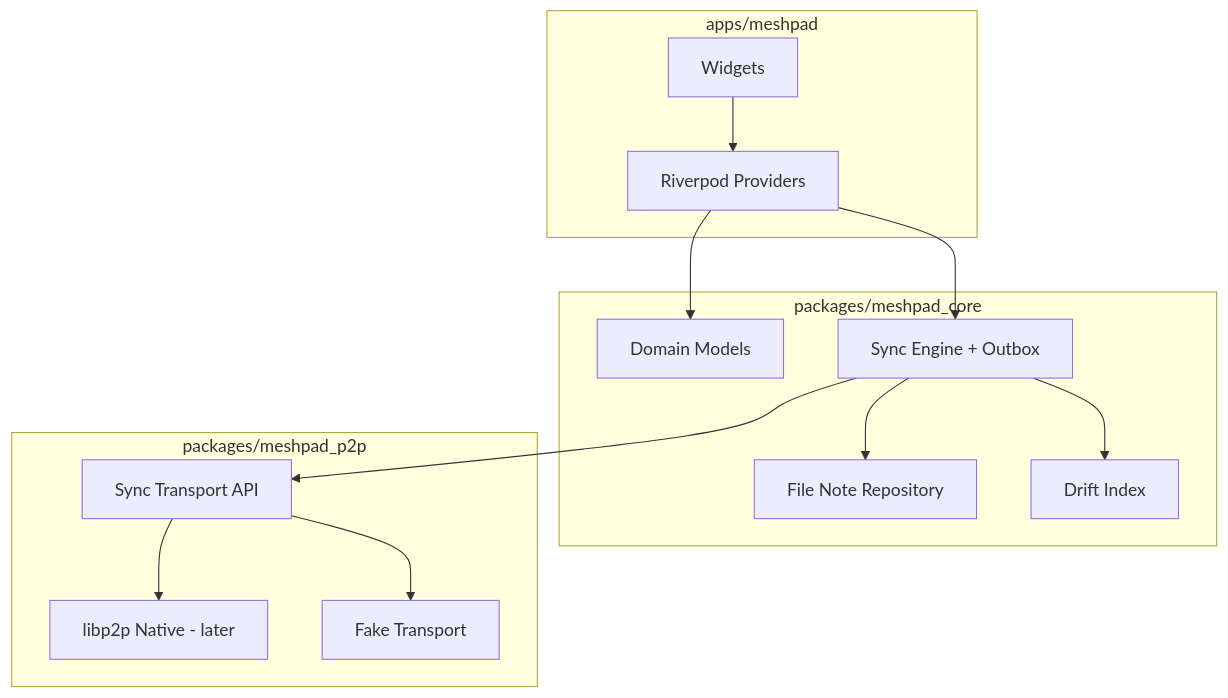
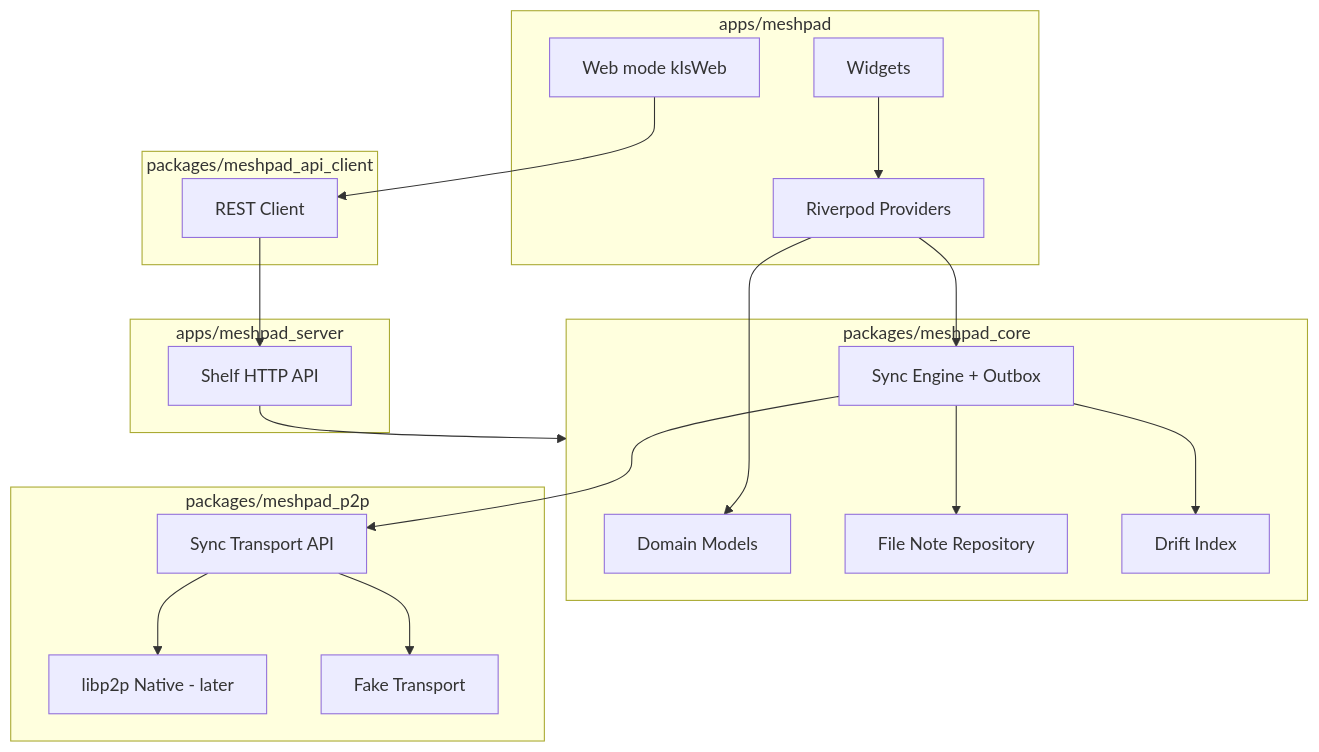
One commit to Jawerka/MeshPad changed the diagram in docs/ARCHITECTURE.md. Above: the diagram before and after it, drawn with Mermaid. The commit also changed other lines of this file and 58 other files, not shown here.

First line of the commit message:
Implement Sprint 5-6: Web client, headless server, and polish.

````diff
--- a/docs/ARCHITECTURE.md
+++ b/docs/ARCHITECTURE.md
@@ -5,26 +5,36 @@
 ```mermaid
 flowchart TB
   subgraph ui [apps/meshpad]
     Widgets[Widgets]
     Providers[Riverpod Providers]
+    WebMode[Web mode kIsWeb]
+  end
+  subgraph api [packages/meshpad_api_client]
+    HttpClient[REST Client]
+  end
+  subgraph server [apps/meshpad_server]
+    HttpApi[Shelf HTTP API]
   end
   subgraph core [packages/meshpad_core]
     Domain[Domain Models]
     FS[File Note Repository]
     DB[Drift Index]
     Sync[Sync Engine + Outbox]
   end
   subgraph p2p [packages/meshpad_p2p]
     Transport[Sync Transport API]
     Native[libp2p Native - later]
     Fake[Fake Transport]
   end
   Widgets --> Providers
+  WebMode --> HttpClient
+  HttpClient --> HttpApi
+  HttpApi --> core
   Providers --> Domain
   Providers --> Sync
   Sync --> FS
   Sync --> DB
   Sync --> Transport
   Transport --> Fake
   Transport --> Native
 ```
````
